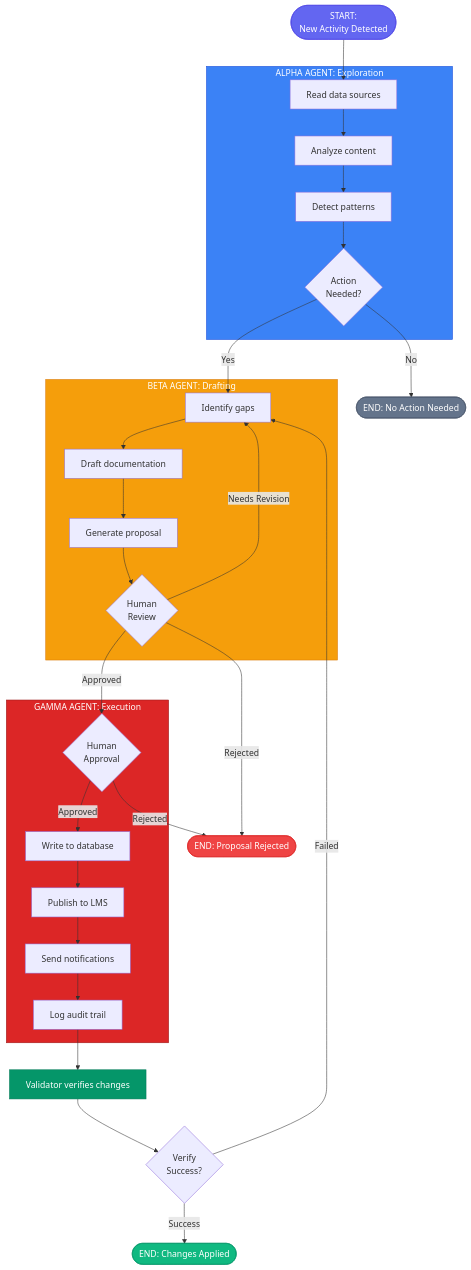
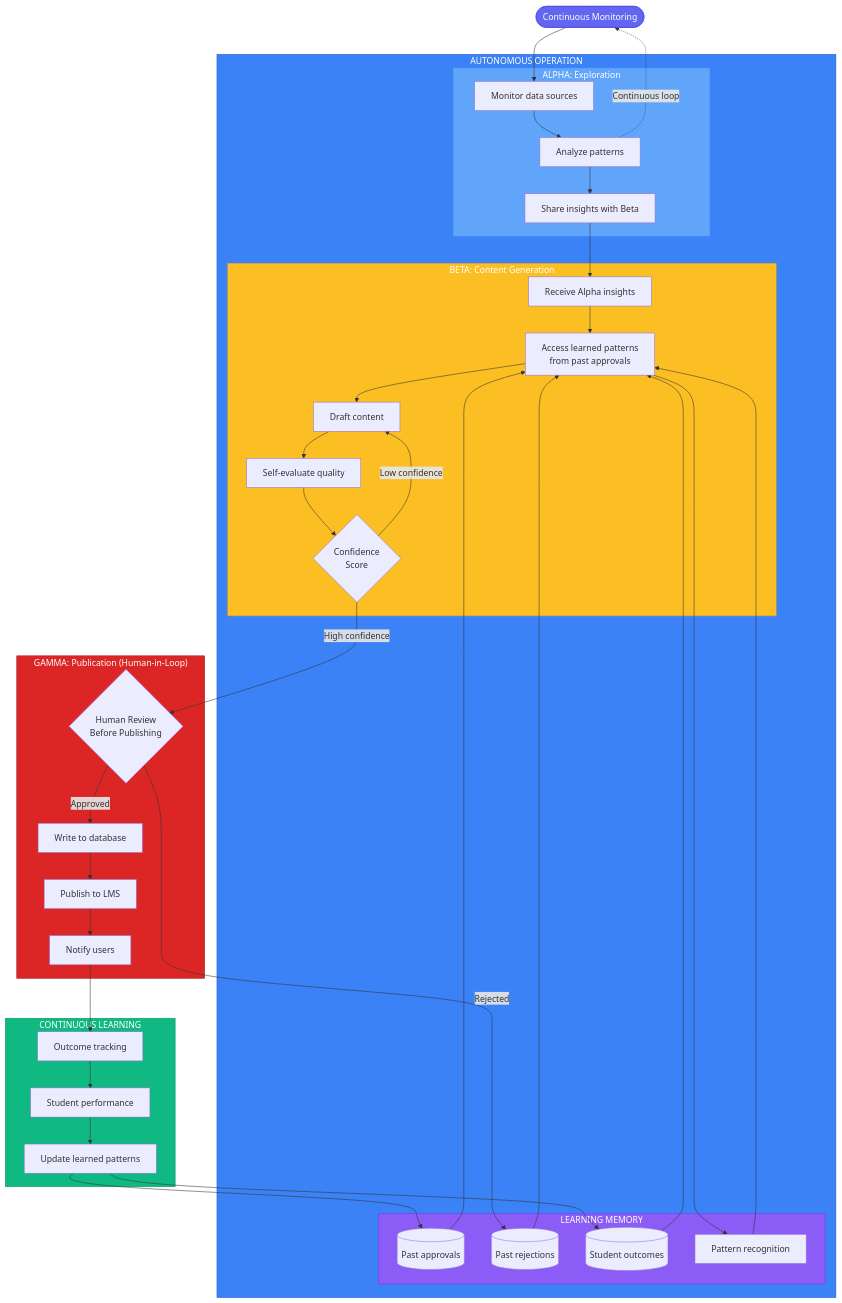
The second of 4 diagrams in demos/bronco-demo/architecture.md (Lizo-RoadTown/Portfolio), drawn with Mermaid before and after one commit. The commit also changed other lines of this file, not shown here.

Commit message:
Fix Layer 3 to show accurate LangGraph workflow - autonomous collaboration, learning loops, human-in-loop only at publication

````diff
--- a/demos/bronco-demo/architecture.md
+++ b/demos/bronco-demo/architecture.md
@@ -111,59 +111,73 @@
 ```mermaid
 flowchart TB
-    START([START:<br/>New Activity Detected])
+    START([Continuous Monitoring])
 
-    subgraph ALPHA["ALPHA AGENT: Exploration"]
-        A1[Read data sources]
-        A2[Analyze content]
-        A3[Detect patterns]
-        A4{Action<br/>Needed?}
+    subgraph AUTONOMOUS["AUTONOMOUS OPERATION"]
+        subgraph ALPHA["ALPHA: Exploration"]
+            A1[Monitor data sources]
+            A2[Analyze patterns]
+            A3[Share insights with Beta]
+        end
+
+        subgraph BETA["BETA: Content Generation"]
+            B1[Receive Alpha insights]
+            B2[Access learned patterns<br/>from past approvals]
+            B3[Draft content]
+            B4[Self-evaluate quality]
+            B5{Confidence<br/>Score}
+        end
+
+        subgraph LEARNING["LEARNING MEMORY"]
+            L1[(Past approvals)]
+            L2[(Past rejections)]
+            L3[(Student outcomes)]
+            L4[Pattern recognition]
+        end
     end
 
-    subgraph BETA["BETA AGENT: Drafting"]
-        B1[Identify gaps]
-        B2[Draft documentation]
-        B3[Generate proposal]
-        B4{Human<br/>Review}
+    subgraph GAMMA["GAMMA: Publication (Human-in-Loop)"]
+        G1{Human Review<br/>Before Publishing}
+        G2[Write to database]
+        G3[Publish to LMS]
+        G4[Notify users]
     end
 
-    subgraph GAMMA["GAMMA AGENT: Execution"]
-        G1{Human<br/>Approval}
-        G2[Write to database]
-        G3[Publish to LMS]
-        G4[Send notifications]
-        G5[Log audit trail]
+    subgraph FEEDBACK["CONTINUOUS LEARNING"]
+        F1[Outcome tracking]
+        F2[Student performance]
+        F3[Update learned patterns]
     end
 
-    VALIDATE[Validator verifies changes]
-    VERIFY{Verify<br/>Success?}
+    START --> A1
+    A1 --> A2
+    A2 --> A3
+    A3 --> B1
 
-    END_SUCCESS([END: Changes Applied])
-    END_NO_ACTION([END: No Action Needed])
-    END_REJECTED([END: Proposal Rejected])
+    L1 & L2 & L3 --> B2
+    B2 --> L4
+    L4 --> B2
 
-    START --> A1 --> A2 --> A3 --> A4
+    B1 --> B2 --> B3 --> B4 --> B5
 
-    A4 -->|No| END_NO_ACTION
-    A4 -->|Yes| B1 --> B2 --> B3 --> B4
+    B5 -->|High confidence| G1
+    B5 -->|Low confidence| B3
 
-    B4 -->|Rejected| END_REJECTED
-    B4 -->|Needs Revision| B1
-    B4 -->|Approved| G1
+    G1 -->|Approved| G2
+    G1 -->|Rejected| L2
+    G2 --> G3 --> G4
 
-    G1 -->|Rejected| END_REJECTED
-    G1 -->|Approved| G2 --> G3 --> G4 --> G5
+    G4 --> F1
+    F1 --> F2
+    F2 --> F3
+    F3 --> L1 & L3
 
-    G5 --> VALIDATE --> VERIFY
+    A2 -.->|Continuous loop| START
 
-    VERIFY -->|Success| END_SUCCESS
-    VERIFY -->|Failed| B1
-
-    style ALPHA fill:#3b82f6,stroke:#1d4ed8,color:#fff
-    style BETA fill:#f59e0b,stroke:#d97706,color:#fff
+    style AUTONOMOUS fill:#3b82f6,stroke:#1d4ed8,color:#fff
+    style ALPHA fill:#60a5fa,stroke:#3b82f6,color:#fff
+    style BETA fill:#fbbf24,stroke:#f59e0b,color:#fff
+    style LEARNING fill:#8b5cf6,stroke:#7c3aed,color:#fff
     style GAMMA fill:#dc2626,stroke:#991b1b,color:#fff
+    style FEEDBACK fill:#10b981,stroke:#059669,color:#fff
     style START fill:#6366f1,stroke:#4f46e5,color:#fff
-    style END_SUCCESS fill:#10b981,stroke:#059669,color:#fff
-    style END_NO_ACTION fill:#64748b,stroke:#475569,color:#fff
-    style END_REJECTED fill:#ef4444,stroke:#dc2626,color:#fff
-    style VALIDATE fill:#059669,stroke:#047857,color:#fff
 ```
````
